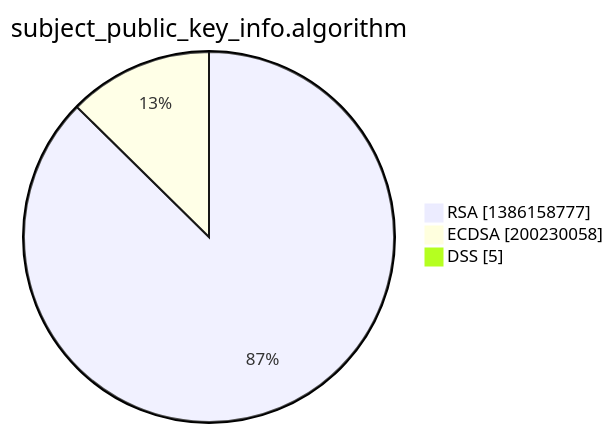
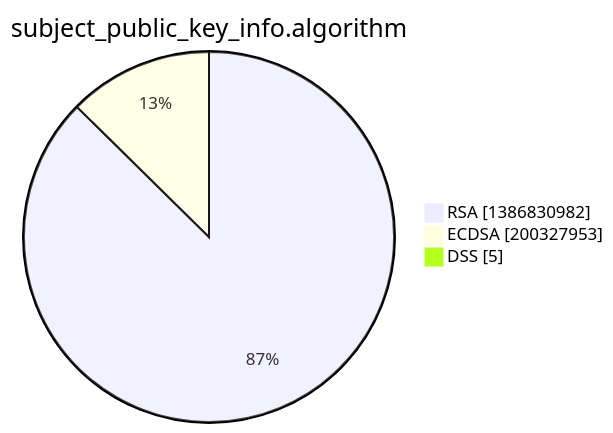
One commit to christiankrug/ctmonitor_visualization changed the third of 15 diagrams in xenon2022/README.md. Above: the diagram before and after it, drawn with Mermaid. The commit also changed other lines of this file, not shown here.

````diff
--- a/xenon2022/README.md
+++ b/xenon2022/README.md
@@ -14,7 +14,7 @@
 ```mermaid
 pie showData
 title subject_public_key_info.algorithm
-"RSA" :1386158777
-"ECDSA" :200230058
+"RSA" :1386830982
+"ECDSA" :200327953
 "DSS" :5
 ```
````
